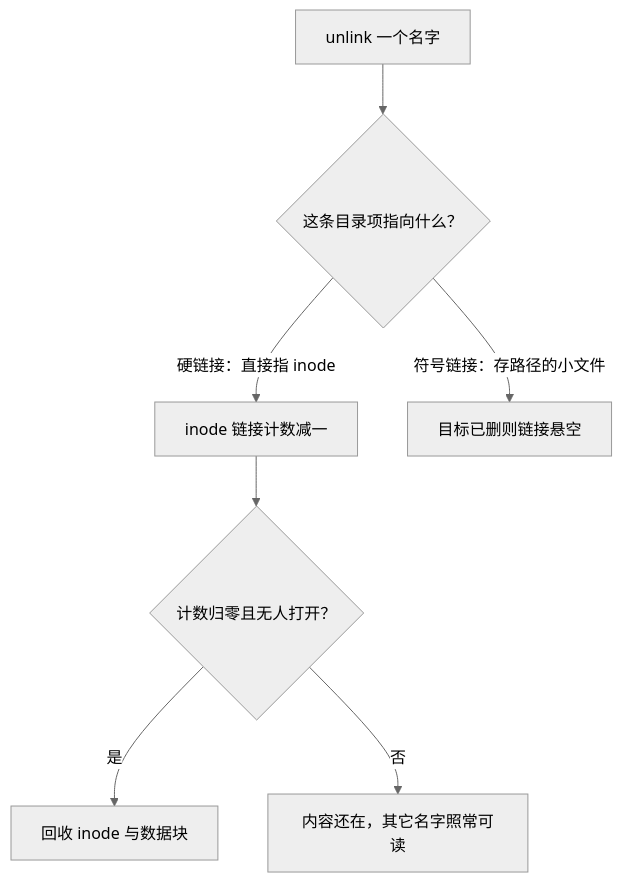
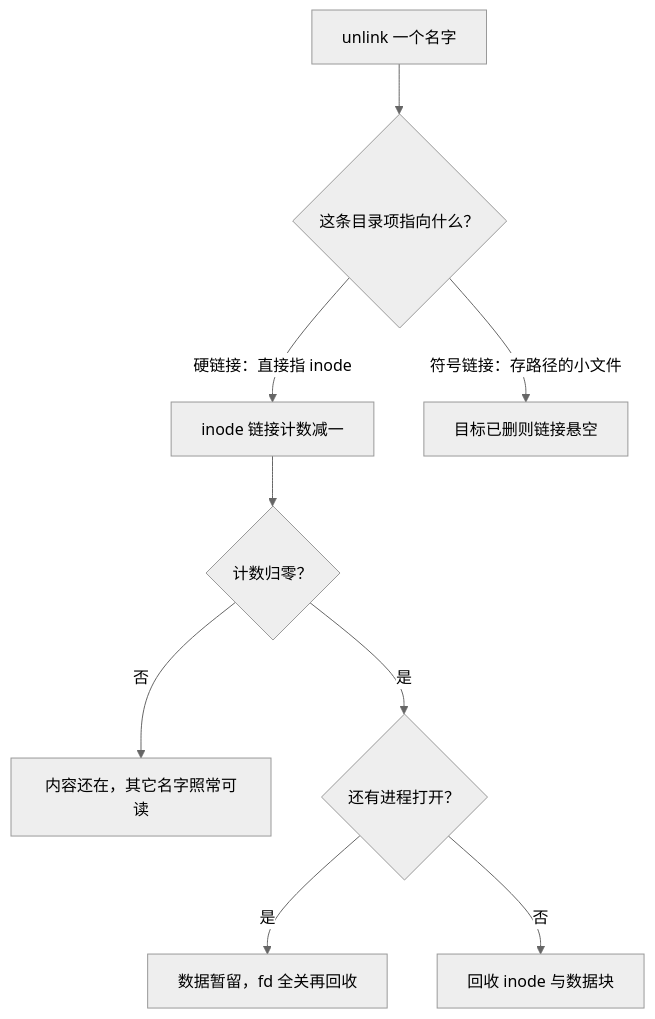
One commit to xhongduo-tech/xhongduo-tech.github.io changed the second of 2 diagrams in docs/cs/inode-dir.md. Above: the diagram before and after it, drawn with Mermaid (neutral theme). The commit also changed other lines of this file and 7 other files, not shown here.

````diff
--- a/docs/cs/inode-dir.md
+++ b/docs/cs/inode-dir.md
@@ -47,9 +47,11 @@
 ```mermaid
 flowchart TD
   D["unlink 一个名字"] --> H{"这条目录项指向什么？"}
   H -- "硬链接：直接指 inode" --> C1["inode 链接计数减一"]
-  C1 --> C2{"计数归零且无人打开？"}
-  C2 -- "是" --> F["回收 inode 与数据块"]
+  C1 --> C2{"计数归零？"}
   C2 -- "否" --> K["内容还在，其它名字照常可读"]
+  C2 -- "是" --> OP{"还有进程打开？"}
+  OP -- "是" --> HOLD["数据暂留，fd 全关再回收"]
+  OP -- "否" --> F["回收 inode 与数据块"]
   H -- "符号链接：存路径的小文件" --> BR["目标已删则链接悬空"]
 ```
````
